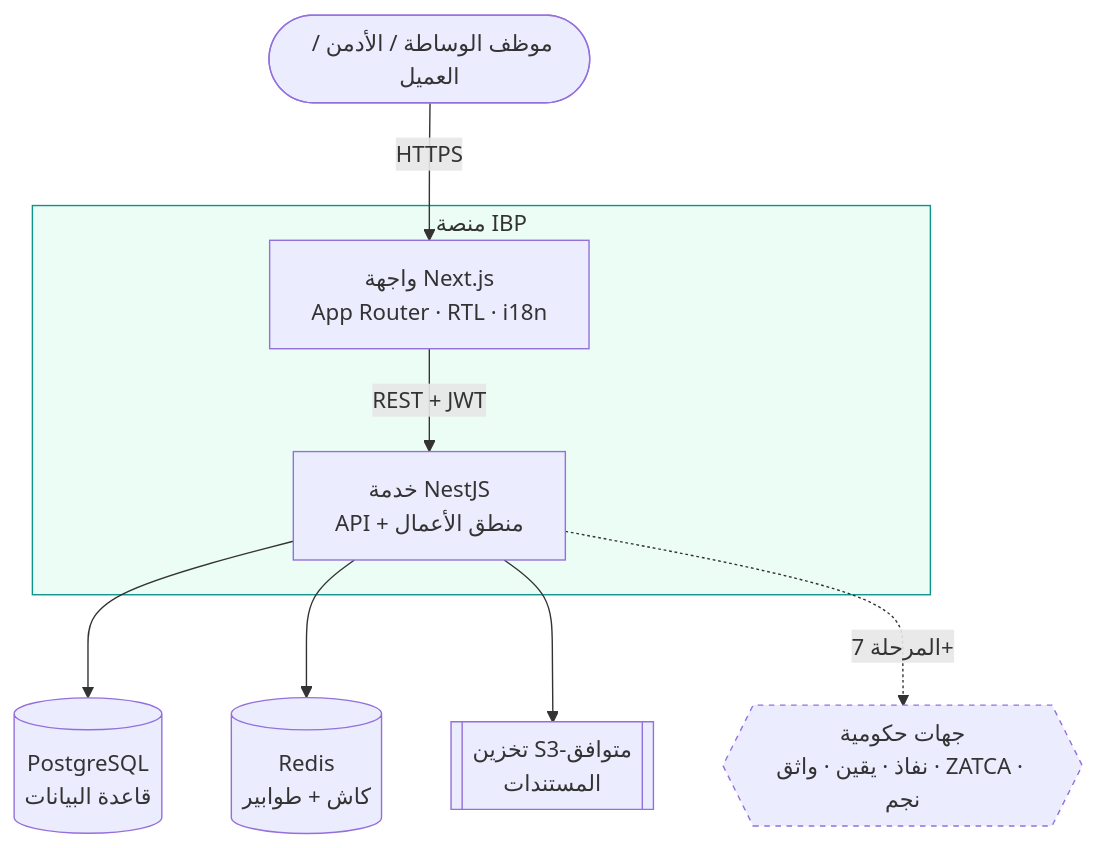
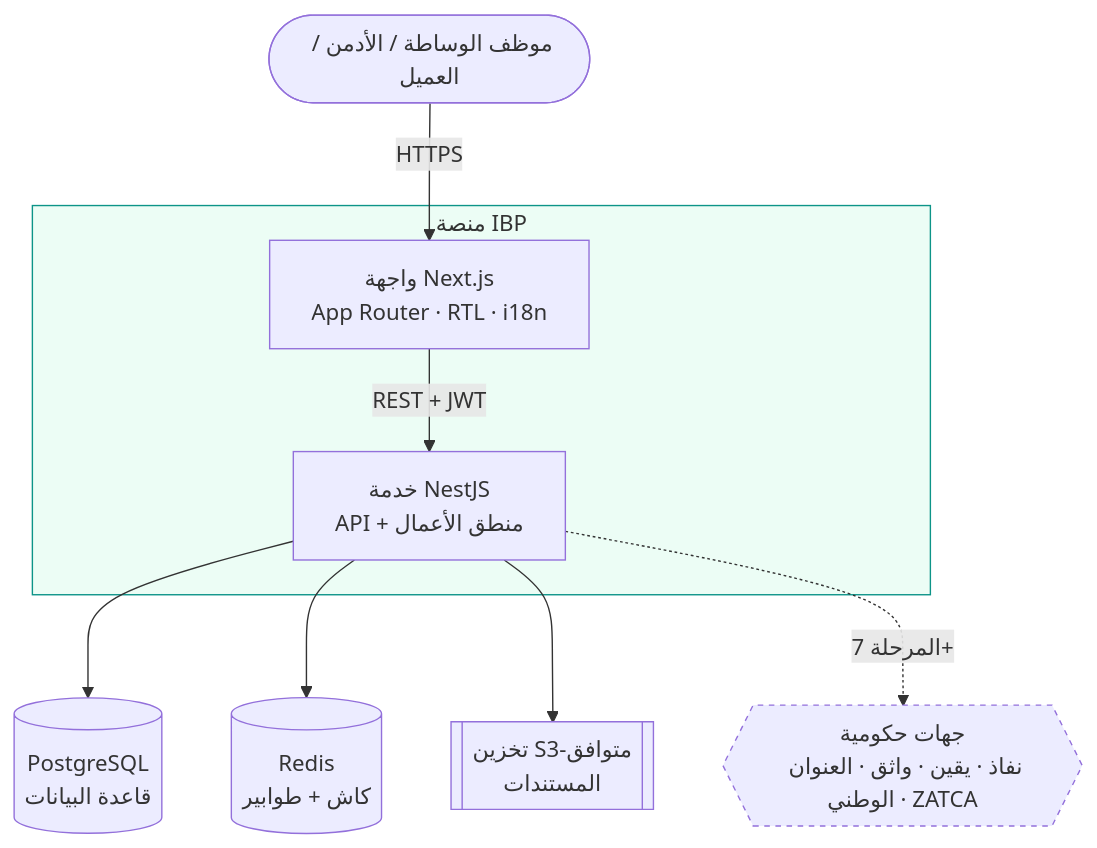
One commit to wa1eeed/nx-ibp changed the first of 6 diagrams in docs/02-architecture.md. Above: the diagram before and after it, drawn with Mermaid. The commit also changed 19 other files, not shown here.

````diff
--- a/docs/02-architecture.md
+++ b/docs/02-architecture.md
@@ -20,22 +20,22 @@
 ```mermaid
 flowchart TB
   User([موظف الوساطة / الأدمن / العميل])
   subgraph IBP [منصة IBP]
     WEB[واجهة Next.js<br/>App Router · RTL · i18n]
     API[خدمة NestJS<br/>API + منطق الأعمال]
   end
   PG[(PostgreSQL<br/>قاعدة البيانات)]
   REDIS[(Redis<br/>كاش + طوابير)]
   S3[[تخزين S3-متوافق<br/>المستندات]]
-  GOV{{جهات حكومية<br/>نفاذ · يقين · واثق · ZATCA · نجم}}
+  GOV{{جهات حكومية<br/>نفاذ · يقين · واثق · العنوان الوطني · ZATCA}}
 
   User -->|HTTPS| WEB
   WEB -->|REST + JWT| API
   API --> PG
   API --> REDIS
   API --> S3
   API -. المرحلة 7+ .-> GOV
 
   style IBP fill:#ecfdf5,stroke:#0d9488
   style GOV stroke-dasharray: 4 4
 ```
````
